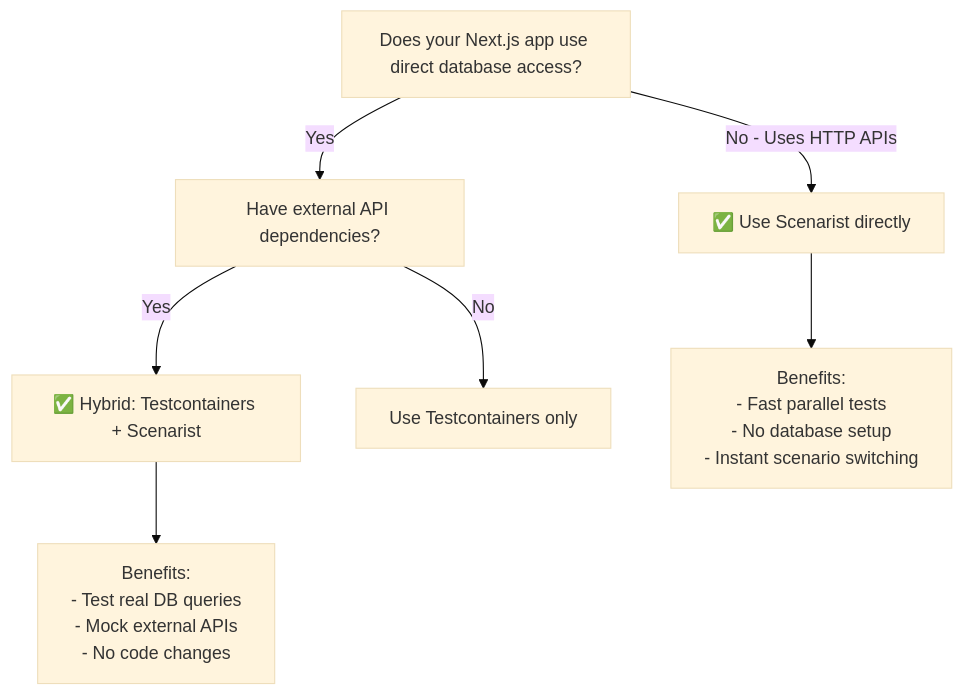
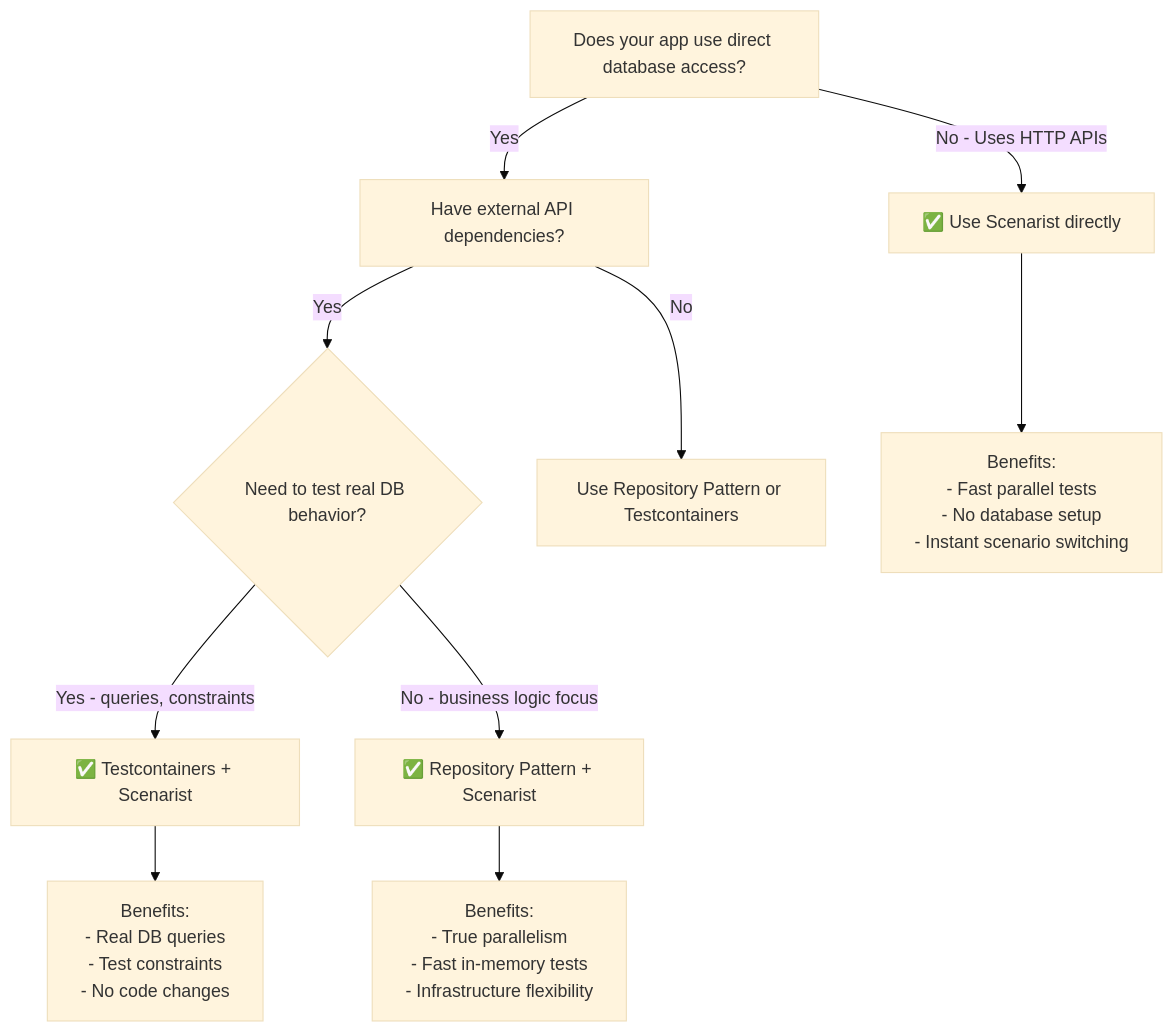
The diagram in apps/docs/src/content/docs/guides/testing-database-apps/index.mdx (citypaul/scenarist), drawn with Mermaid (base theme) before and after one commit. The commit also changed other lines of this file and 3 other files, not shown here.

First line of the commit message:
docs(database-testing): add repository pattern as recommended approach

````diff
--- a/apps/docs/src/content/docs/guides/testing-database-apps/index.mdx
+++ b/apps/docs/src/content/docs/guides/testing-database-apps/index.mdx
@@ -84,10 +97,14 @@
 ```mermaid
 graph TD
-    A[Does your Next.js app use direct database access?] -->|No - Uses HTTP APIs| B[✅ Use Scenarist directly]
+    A[Does your app use direct database access?] -->|No - Uses HTTP APIs| B[✅ Use Scenarist directly]
     A -->|Yes| C[Have external API dependencies?]
-    C -->|Yes| D[✅ Hybrid: Testcontainers + Scenarist]
-    C -->|No| E[Use Testcontainers only]
+    C -->|Yes| D{Need to test real DB behavior?}
+    C -->|No| E[Use Repository Pattern or Testcontainers]
 
-    D --> F[Benefits:<br/>- Test real DB queries<br/>- Mock external APIs<br/>- No code changes]
-    B --> G[Benefits:<br/>- Fast parallel tests<br/>- No database setup<br/>- Instant scenario switching]
+    D -->|Yes - queries, constraints| F[✅ Testcontainers + Scenarist]
+    D -->|No - business logic focus| G[✅ Repository Pattern + Scenarist]
+
+    G --> H[Benefits:<br/>- True parallelism<br/>- Fast in-memory tests<br/>- Infrastructure flexibility]
+    F --> I[Benefits:<br/>- Real DB queries<br/>- Test constraints<br/>- No code changes]
+    B --> J[Benefits:<br/>- Fast parallel tests<br/>- No database setup<br/>- Instant scenario switching]
 ```
````
